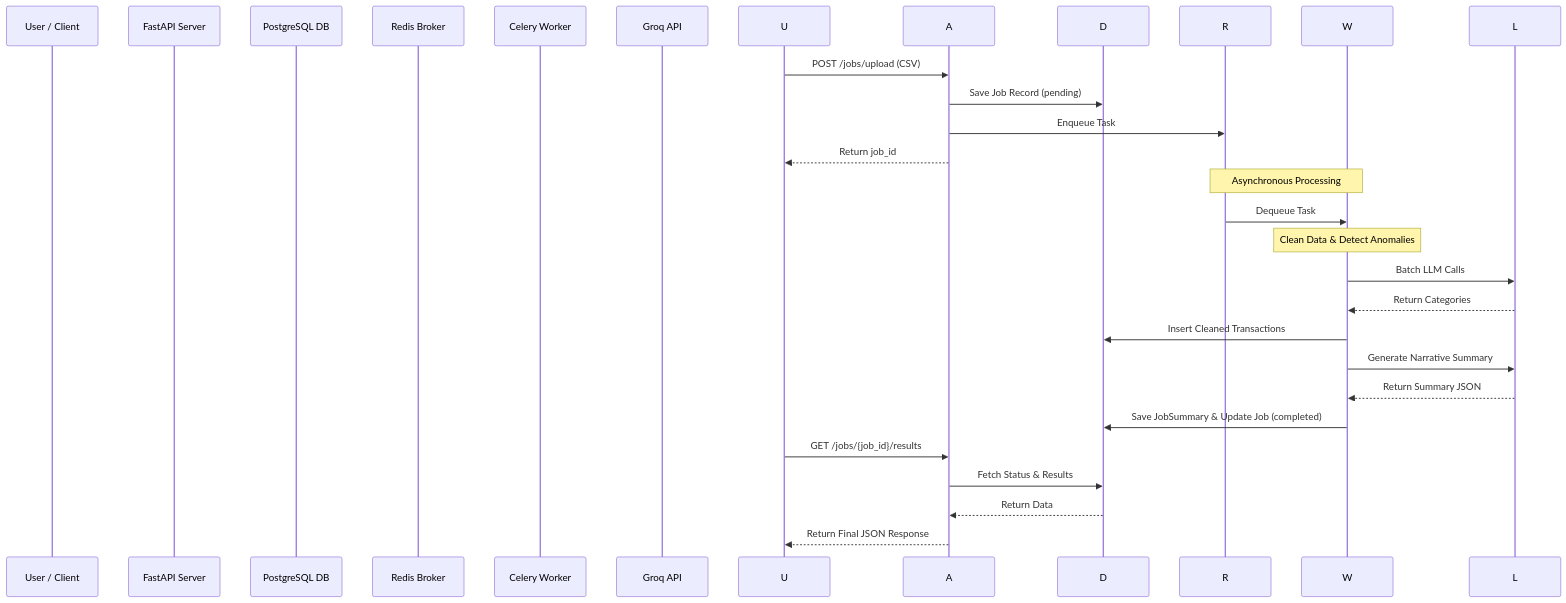
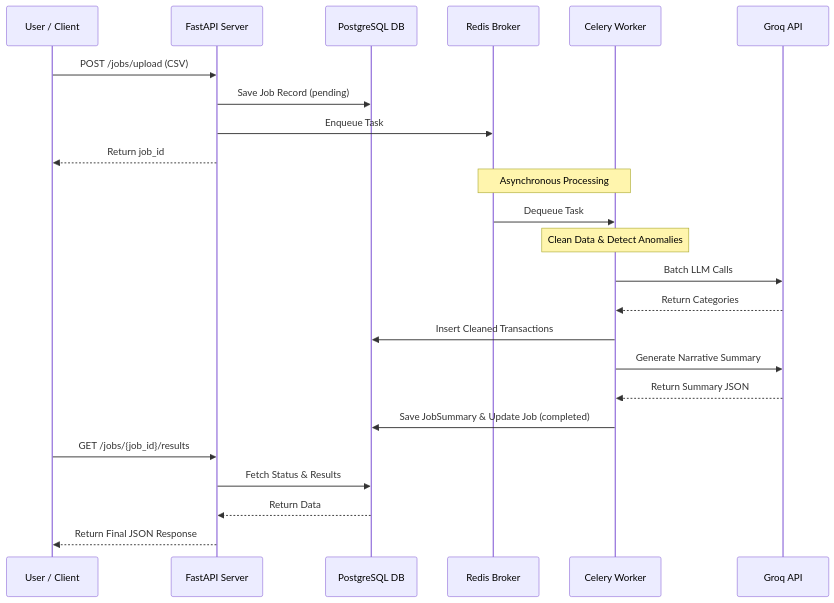
Before and after one commit to artorias-66/Alemeno-Assignment: the first of 2 diagrams in README.md, drawn with Mermaid.

Commit message:
fix: correct sequence diagram alias syntax rendering bug

````diff
--- a/README.md
+++ b/README.md
@@ -102,29 +102,29 @@
 ```mermaid
 sequenceDiagram
-    participant "U" as User / Client
-    participant "A" as FastAPI Server
-    participant "D" as PostgreSQL DB
-    participant "R" as Redis Broker
-    participant "W" as Celery Worker
-    participant "L" as Groq API
+    participant U as User / Client
+    participant A as FastAPI Server
+    participant D as PostgreSQL DB
+    participant R as Redis Broker
+    participant W as Celery Worker
+    participant L as Groq API
 
     U->>A: POST /jobs/upload (CSV)
     A->>D: Save Job Record (pending)
     A->>R: Enqueue Task
     A-->>U: Return job_id
     
     Note over R, W: Asynchronous Processing
     R->>W: Dequeue Task
     Note over W: Clean Data & Detect Anomalies
     W->>L: Batch LLM Calls
     L-->>W: Return Categories
     W->>D: Insert Cleaned Transactions
     W->>L: Generate Narrative Summary
     L-->>W: Return Summary JSON
     W->>D: Save JobSummary & Update Job (completed)
     
     U->>A: GET /jobs/{job_id}/results
     A->>D: Fetch Status & Results
     D-->>A: Return Data
     A-->>U: Return Final JSON Response
 ```
````
